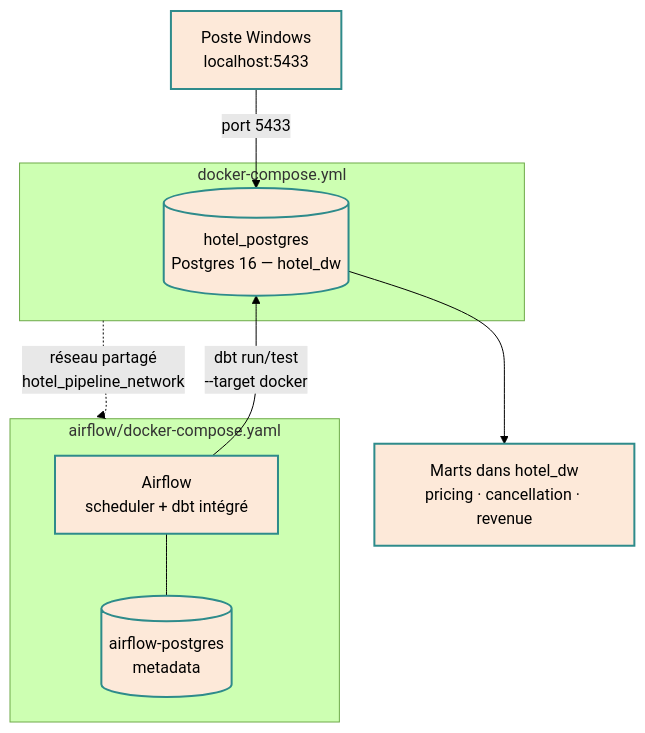
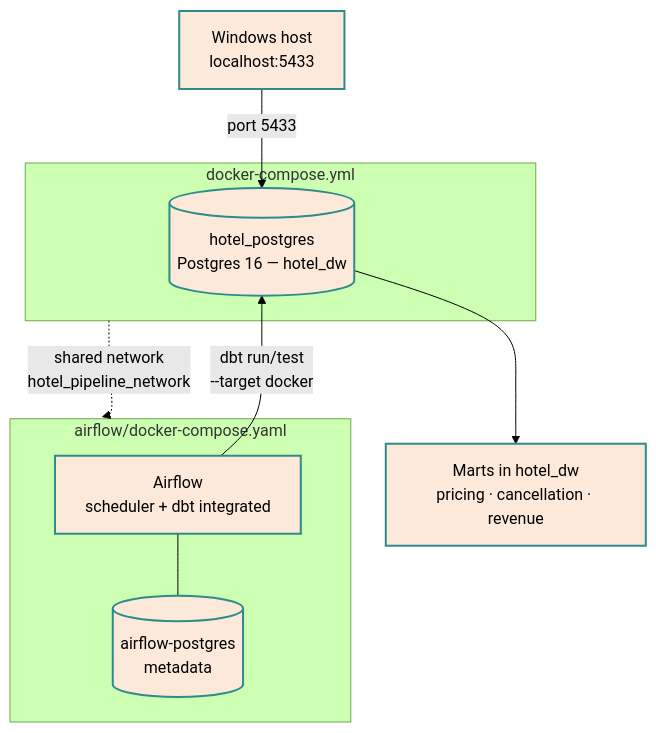
One commit to JBaptisteAll/Hotel_Booking_Pipeline changed the second of 2 diagrams in README.md. Above: the diagram before and after it, drawn with Mermaid (forest theme).

Commit message:
fix(readme): translate infrastructure diagram labels to English

````diff
--- a/README.md
+++ b/README.md
@@ -65,25 +65,25 @@
 ```mermaid
 flowchart TD
-    EXT["Poste Windows<br/>localhost:5433"]
+    EXT["Windows host<br/>localhost:5433"]
 
     subgraph ROOT["docker-compose.yml"]
         PG[("hotel_postgres<br/>Postgres 16 — hotel_dw")]
     end
 
     subgraph AIRFLOW["airflow/docker-compose.yaml"]
-        SCHED["Airflow<br/>scheduler + dbt intégré"]
+        SCHED["Airflow<br/>scheduler + dbt integrated"]
         AFPG[("airflow-postgres<br/>metadata")]
     end
 
     EXT -->|"port 5433"| PG
     SCHED -->|"dbt run/test<br/>--target docker"| PG
     SCHED --- AFPG
 
-    ROOT -.->|"réseau partagé<br/>hotel_pipeline_network"| AIRFLOW
+    ROOT -.->|"shared network<br/>hotel_pipeline_network"| AIRFLOW
 
-    OUT["Marts dans hotel_dw<br/>pricing · cancellation · revenue"]
+    OUT["Marts in hotel_dw<br/>pricing · cancellation · revenue"]
     PG --> OUT
 
     classDef service fill:#fde9d9,stroke:#2e8b8b,stroke-width:2px,color:#000
     class PG,SCHED,AFPG,EXT,OUT service
 ```
````
